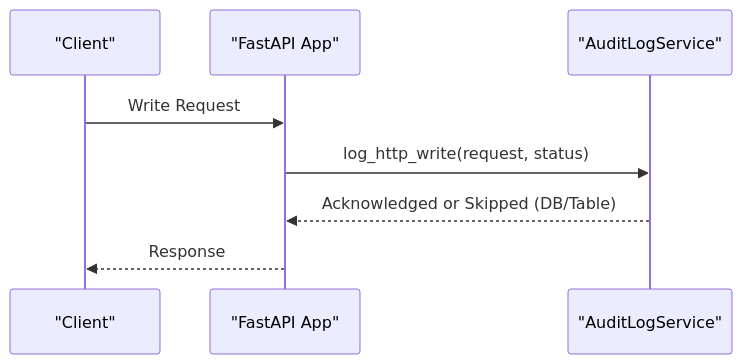
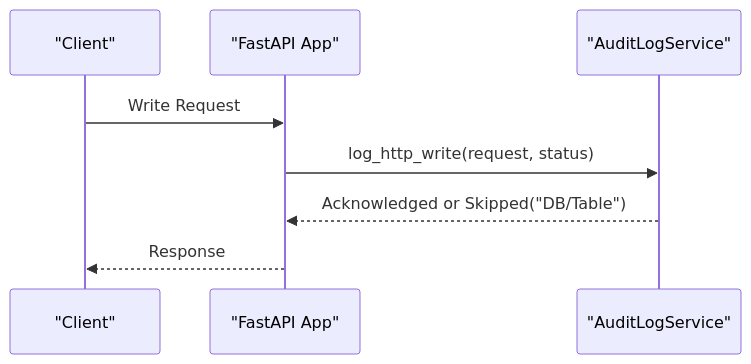
The eighth of 9 diagrams in docs/docs/knowledge/Deployment & Operations/Security Operations.md (rohitkumarnaidu/ScholarFormAI), drawn with Mermaid before and after one commit. The commit also changed other lines of this file and 73 other files, not shown here.

First line of the commit message:
docs: enterprise-level markdown upgrade with Mermaid diagrams

````diff
--- a/docs/docs/knowledge/Deployment & Operations/Security Operations.md
+++ b/docs/docs/knowledge/Deployment & Operations/Security Operations.md
@@ -297,10 +297,10 @@
 ```mermaid
 sequenceDiagram
 participant Client as "Client"
 participant App as "FastAPI App"
 participant AUD as "AuditLogService"
 Client->>App : Write Request
 App->>AUD : log_http_write(request, status)
-AUD-->>App : Acknowledged or Skipped (DB/Table)
+AUD-->>App : Acknowledged or Skipped("DB/Table")
 App-->>Client : Response
 ```
````
